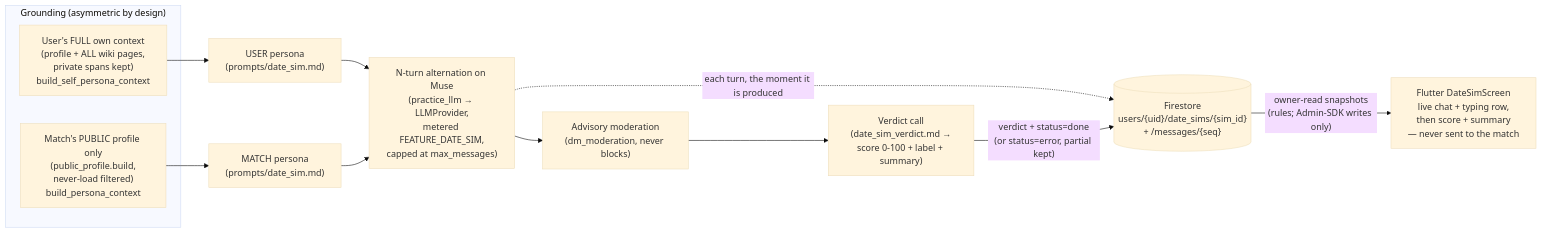
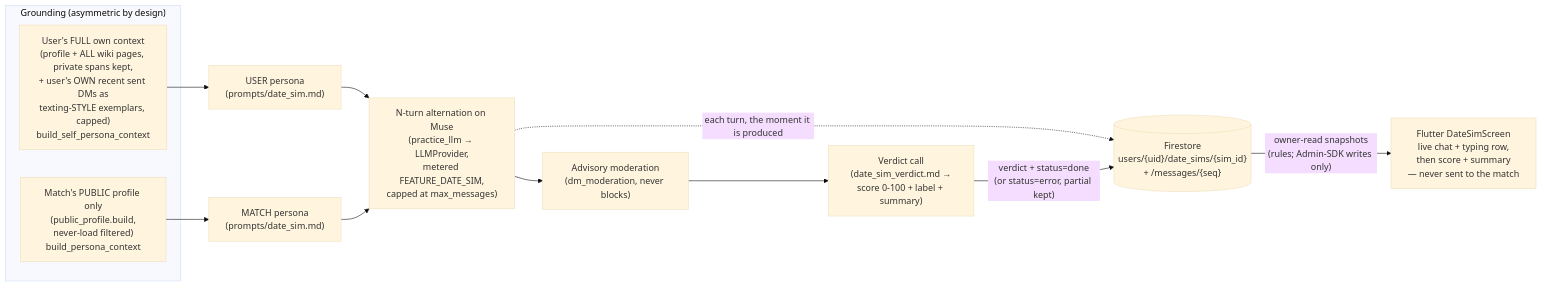
Before and after one commit to suhailps93/ayma-v2: diagram 11 of 12 in docs/ARCHITECTURE.md, drawn with Mermaid (base theme). The commit also changed other lines of this file and 7 other files, not shown here.

First line of the commit message:
date-sim: ground self-persona in the user's own sent DMs (texting style)

````diff
--- a/docs/ARCHITECTURE.md
+++ b/docs/ARCHITECTURE.md
@@ -1782,15 +1782,15 @@
 ```mermaid
 flowchart LR
   subgraph grounding["Grounding (asymmetric by design)"]
-    U["User's FULL own context<br/>(profile + ALL wiki pages,<br/>private spans kept)<br/>build_self_persona_context"]
+    U["User's FULL own context<br/>(profile + ALL wiki pages, private spans kept,<br/>+ user's OWN recent sent DMs as<br/>texting-STYLE exemplars, capped)<br/>build_self_persona_context"]
     M["Match's PUBLIC profile only<br/>(public_profile.build,<br/>never-load filtered)<br/>build_persona_context"]
   end
   U --> P1["USER persona<br/>(prompts/date_sim.md)"]
   M --> P2["MATCH persona<br/>(prompts/date_sim.md)"]
   P1 & P2 --> LOOP["N-turn alternation on Muse<br/>(practice_llm → LLMProvider,<br/>metered FEATURE_DATE_SIM,<br/>capped at max_messages)"]
   LOOP --> MOD["Advisory moderation<br/>(dm_moderation, never blocks)"]
   MOD --> V["Verdict call<br/>(date_sim_verdict.md →<br/>score 0-100 + label + summary)"]
   LOOP -. "each turn, the moment it is produced" .-> FS[("Firestore<br/>users/{uid}/date_sims/{sim_id}<br/>+ /messages/{seq}")]
   V -- "verdict + status=done<br/>(or status=error, partial kept)" --> FS
   FS -- "owner-read snapshots<br/>(rules; Admin-SDK writes only)" --> UI["Flutter DateSimScreen<br/>live chat + typing row,<br/>then score + summary<br/>— never sent to the match"]
 ```
````
